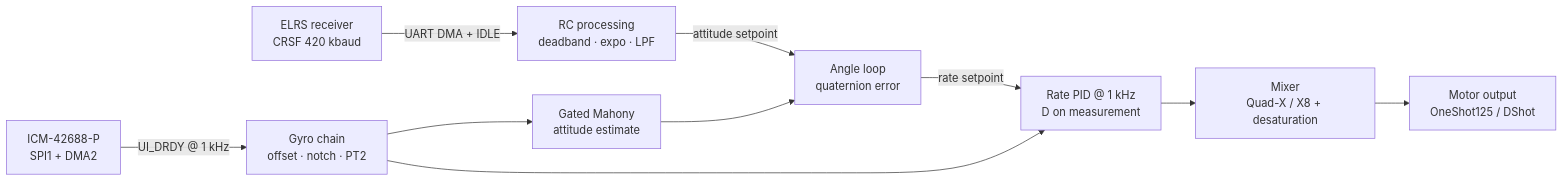
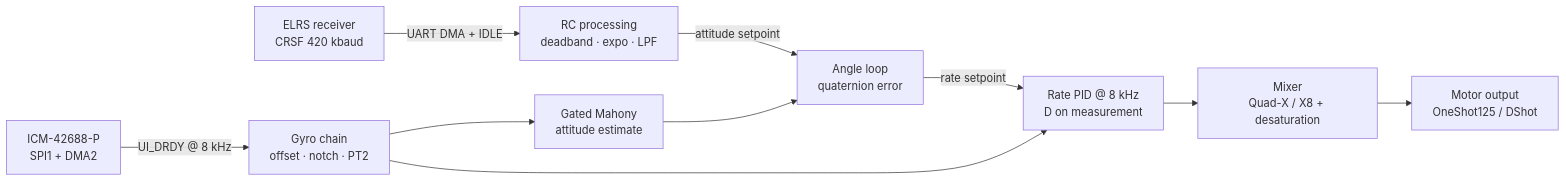
The diagram in README.md (SiCeater/logolith), drawn with Mermaid before and after one commit. The commit also changed other lines of this file and 33 other files, not shown here.

````diff
--- a/README.md
+++ b/README.md
@@ -81,12 +81,12 @@
 ```mermaid
 flowchart LR
     RX["ELRS receiver<br/>CRSF 420 kbaud"] -->|"UART DMA + IDLE"| RCP["RC processing<br/>deadband · expo · LPF"]
-    ICM["ICM-42688-P<br/>SPI1 + DMA2"] -->|"UI_DRDY @ 1 kHz"| GYR["Gyro chain<br/>offset · notch · PT2"]
+    ICM["ICM-42688-P<br/>SPI1 + DMA2"] -->|"UI_DRDY @ 8 kHz"| GYR["Gyro chain<br/>offset · notch · PT2"]
     GYR --> AHRS["Gated Mahony<br/>attitude estimate"]
     RCP -->|"attitude setpoint"| ANG["Angle loop<br/>quaternion error"]
     AHRS --> ANG
-    ANG -->|"rate setpoint"| RATE["Rate PID @ 1 kHz<br/>D on measurement"]
+    ANG -->|"rate setpoint"| RATE["Rate PID @ 8 kHz<br/>D on measurement"]
     GYR --> RATE
     RATE --> MIX["Mixer<br/>Quad-X / X8 + desaturation"]
     MIX --> ESC["Motor output<br/>OneShot125 / DShot"]
 ```
````
